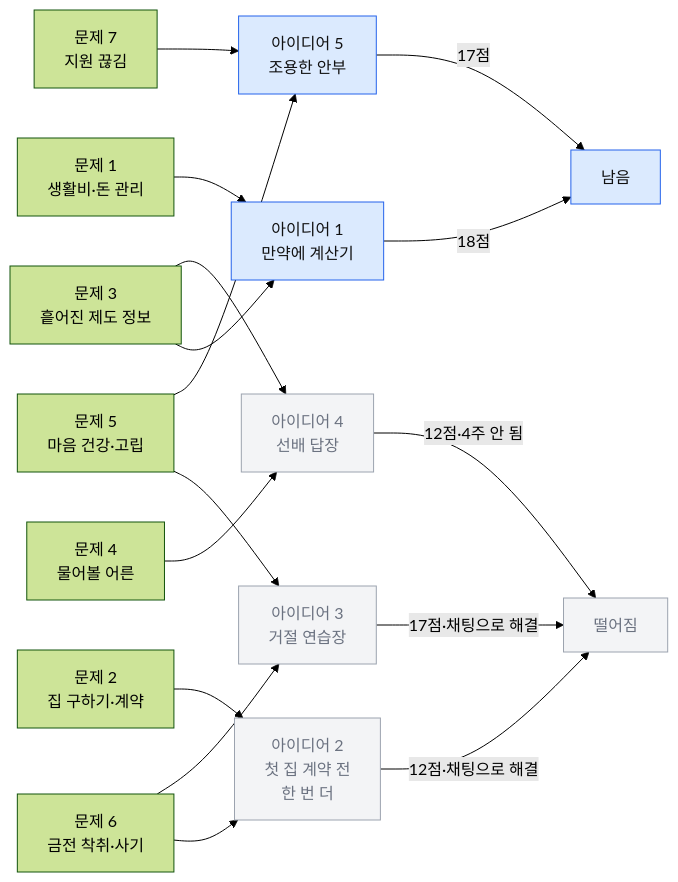
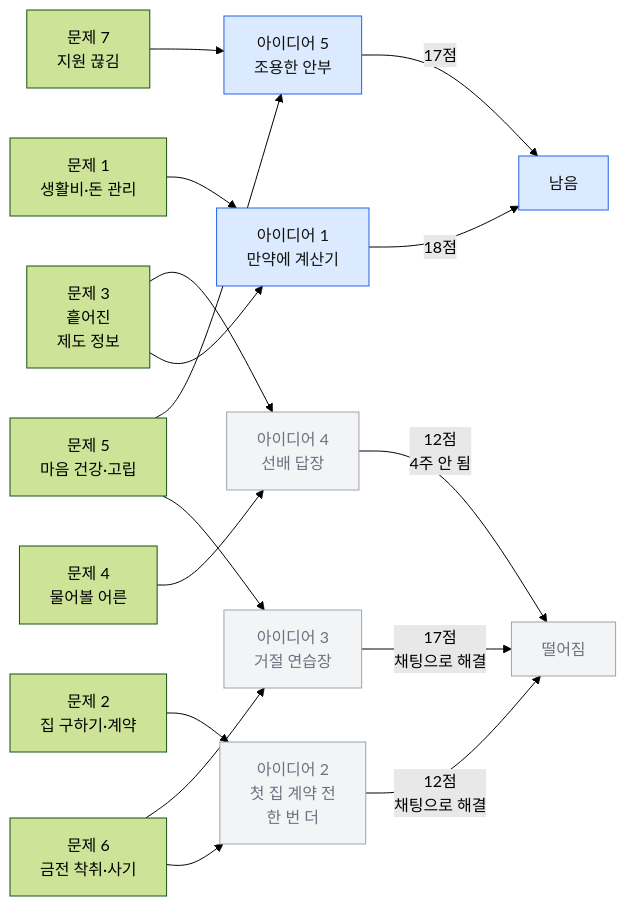
One commit to lumos0107/AI_Final_Project changed the diagram in docs/ideation/social_targets/4_youth_leaving_care.md. Above: the diagram before and after it, drawn with Mermaid (forest theme). The commit also changed 4 other files, not shown here.

````diff
--- a/docs/ideation/social_targets/4_youth_leaving_care.md
+++ b/docs/ideation/social_targets/4_youth_leaving_care.md
@@ -36,41 +36,41 @@
 ```mermaid
 flowchart LR
     P1["문제 1<br>생활비·돈 관리"]
     P2["문제 2<br>집 구하기·계약"]
-    P3["문제 3<br>흩어진 제도 정보"]
+    P3["문제 3<br>흩어진<br>제도 정보"]
     P4["문제 4<br>물어볼 어른"]
     P5["문제 5<br>마음 건강·고립"]
     P6["문제 6<br>금전 착취·사기"]
     P7["문제 7<br>지원 끊김"]
 
     I1["아이디어 1<br>만약에 계산기"]
     I2["아이디어 2<br>첫 집 계약 전<br>한 번 더"]
     I3["아이디어 3<br>거절 연습장"]
     I4["아이디어 4<br>선배 답장"]
     I5["아이디어 5<br>조용한 안부"]
 
     KEEP["남음"]
     DROP["떨어짐"]
 
     P3 --> I1
     P1 --> I1
     P2 --> I2
     P6 --> I2
     P6 --> I3
     P5 --> I3
     P4 --> I4
     P3 --> I4
     P7 --> I5
     P5 --> I5
 
     I1 -->|"18점"| KEEP
     I5 -->|"17점"| KEEP
-    I3 -->|"17점·채팅으로 해결"| DROP
-    I2 -->|"12점·채팅으로 해결"| DROP
-    I4 -->|"12점·4주 안 됨"| DROP
+    I3 -->|"17점<br>채팅으로 해결"| DROP
+    I2 -->|"12점<br>채팅으로 해결"| DROP
+    I4 -->|"12점<br>4주 안 됨"| DROP
 
     classDef keep fill:#dbeafe,stroke:#2563eb,color:#111
     classDef drop fill:#f3f4f6,stroke:#9ca3af,color:#6b7280
     class I1,I5,KEEP keep
     class I2,I3,I4,DROP drop
 ```
````
